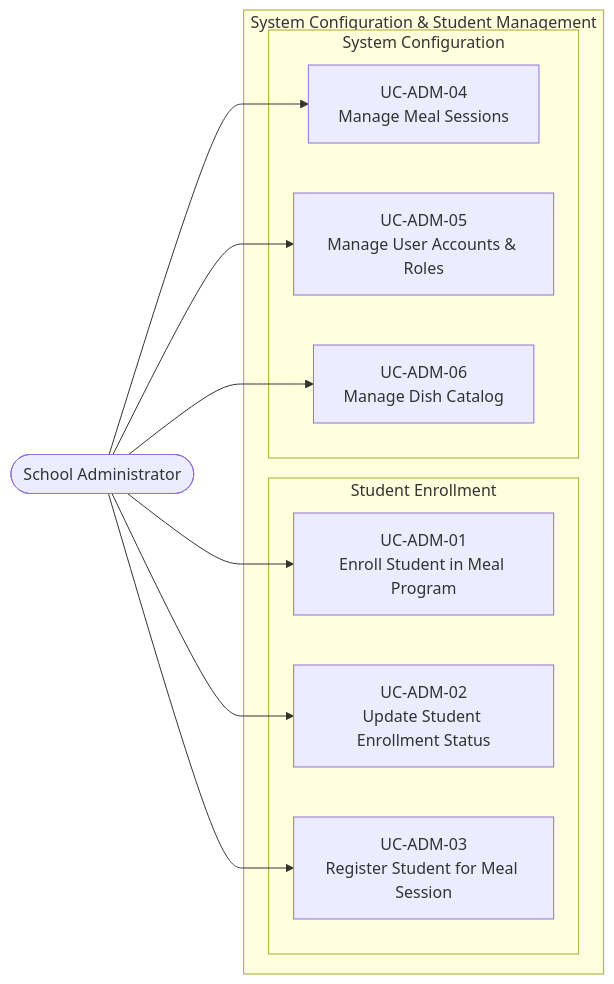
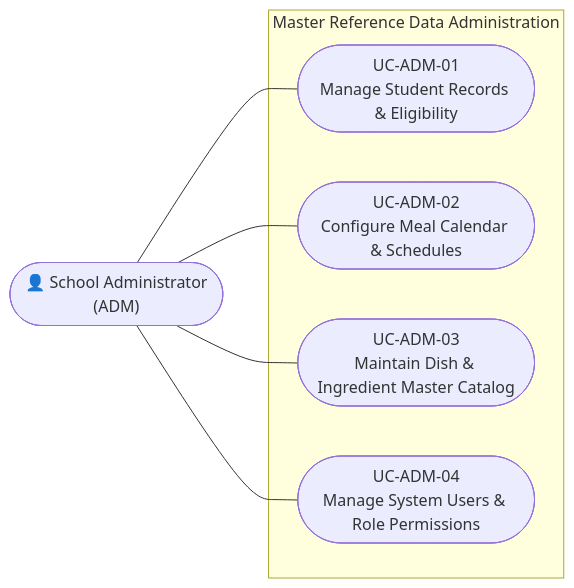
The diagram in docs/03-roles-usecases/usecase-admin.md (Bernie-TruongTQ/PRIMARY_SCHOOL_SEMI-BOARDING_MEAL_MANAGEMENT_SYSTEM), drawn with Mermaid before and after one commit. The commit also changed other lines of this file and 19 other files, not shown here.

Commit message:
docs: add comprehensive top-down documentation covering roles, use cases, information architecture, and traceability

````diff
--- a/docs/03-roles-usecases/usecase-admin.md
+++ b/docs/03-roles-usecases/usecase-admin.md
@@ -5,25 +13,16 @@
 ```mermaid
-graph LR
-    ADM([School Administrator])
+flowchart LR
+    ADM(["👤 School Administrator\n(ADM)"])
 
-    subgraph SYSTEM["System Configuration & Student Management"]
-        subgraph STU["Student Enrollment"]
-            UC_ADM_01["UC-ADM-01\nEnroll Student in Meal Program"]
-            UC_ADM_02["UC-ADM-02\nUpdate Student Enrollment Status"]
-            UC_ADM_03["UC-ADM-03\nRegister Student for Meal Session"]
-        end
-
-        subgraph CFG["System Configuration"]
-            UC_ADM_04["UC-ADM-04\nManage Meal Sessions"]
-            UC_ADM_05["UC-ADM-05\nManage User Accounts & Roles"]
-            UC_ADM_06["UC-ADM-06\nManage Dish Catalog"]
-        end
+    subgraph SYSTEM["Master Reference Data Administration"]
+        UC1(["UC-ADM-01\nManage Student Records & Eligibility"])
+        UC2(["UC-ADM-02\nConfigure Meal Calendar & Schedules"])
+        UC3(["UC-ADM-03\nMaintain Dish & Ingredient Master Catalog"])
+        UC4(["UC-ADM-04\nManage System Users & Role Permissions"])
     end
 
-    ADM --> UC_ADM_01
-    ADM --> UC_ADM_02
-    ADM --> UC_ADM_03
-    ADM --> UC_ADM_04
-    ADM --> UC_ADM_05
-    ADM --> UC_ADM_06
+    ADM --- UC1
+    ADM --- UC2
+    ADM --- UC3
+    ADM --- UC4
 ```
````
